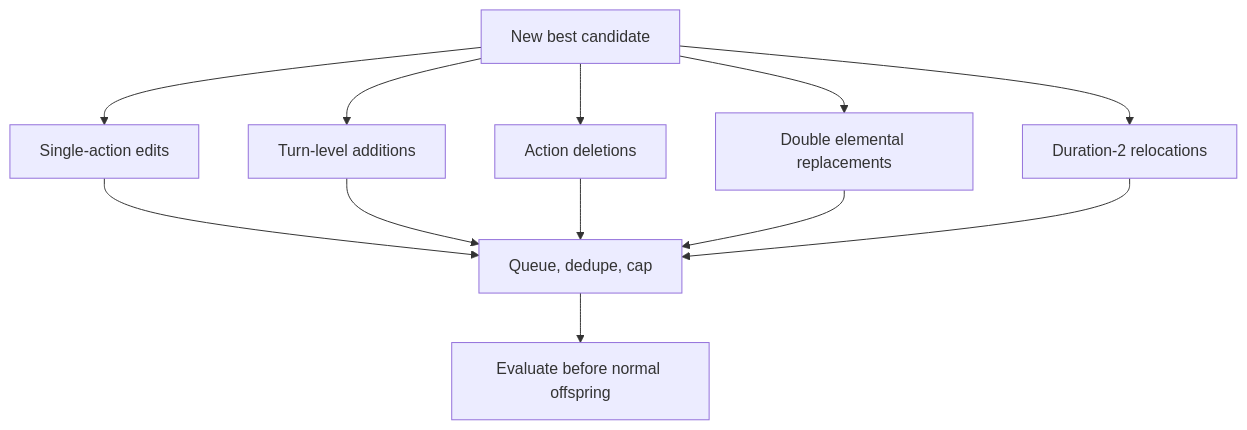
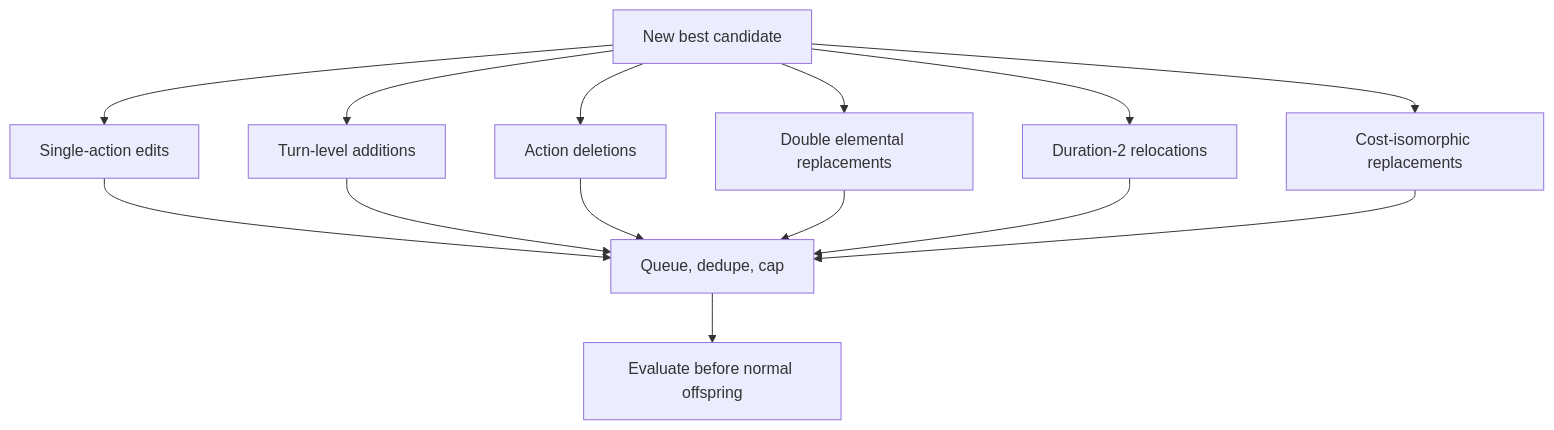
One commit to Zacaria/turnfu changed the fourth of 7 diagrams in docs/hybrid-optimizer-architecture.md. Above: the diagram before and after it, drawn with Mermaid. The commit also changed other lines of this file and 1 other file, not shown here.

Commit message:
feat(optimizer): add cost-isomorphic elite neighbors

````diff
--- a/docs/hybrid-optimizer-architecture.md
+++ b/docs/hybrid-optimizer-architecture.md
@@ -124,15 +124,17 @@
 ```mermaid
 flowchart TD
     A["New best candidate"] --> B["Single-action edits"]
     A --> C["Turn-level additions"]
     A --> D["Action deletions"]
     A --> E["Double elemental replacements"]
     A --> H["Duration-2 relocations"]
+    A --> I["Cost-isomorphic replacements"]
 
     B --> F["Queue, dedupe, cap"]
     C --> F
     D --> F
     E --> F
     H --> F
+    I --> F
     F --> G["Evaluate before normal offspring"]
 ```
````
